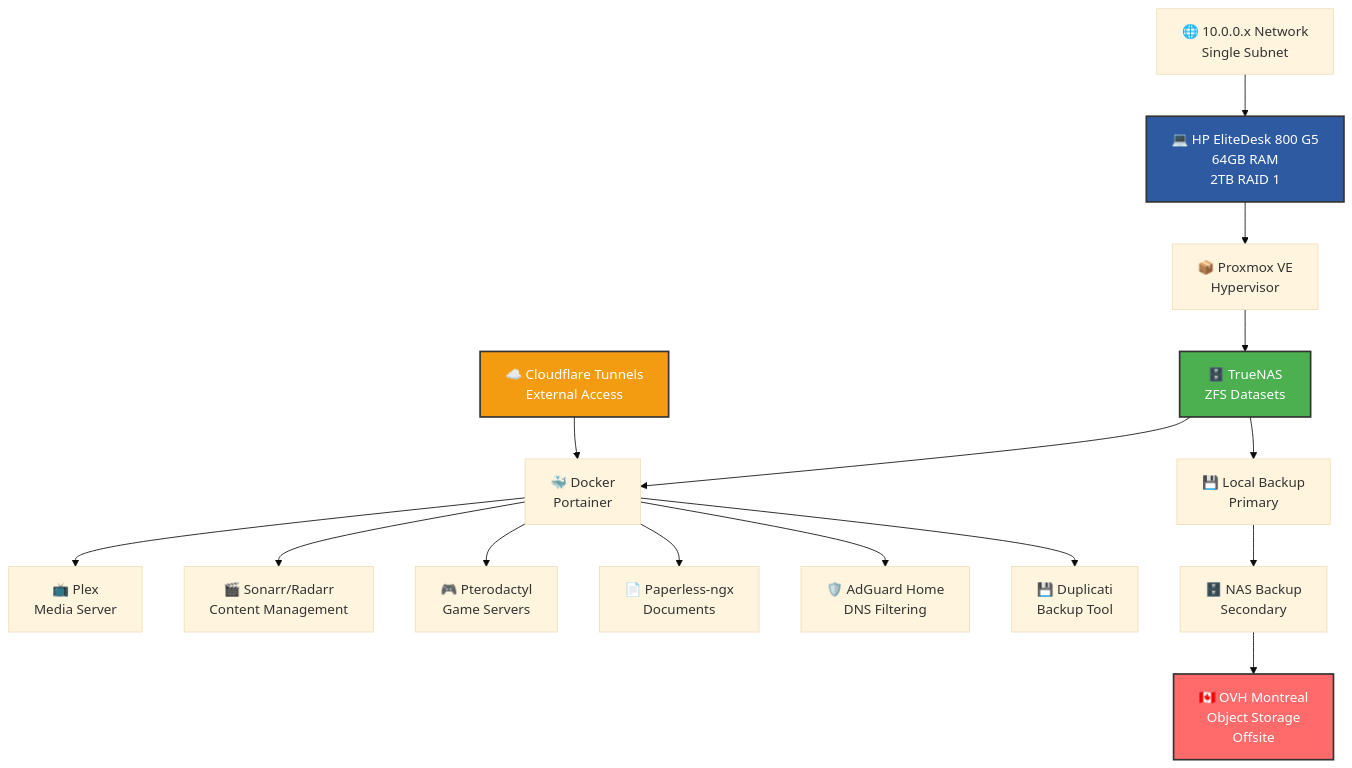
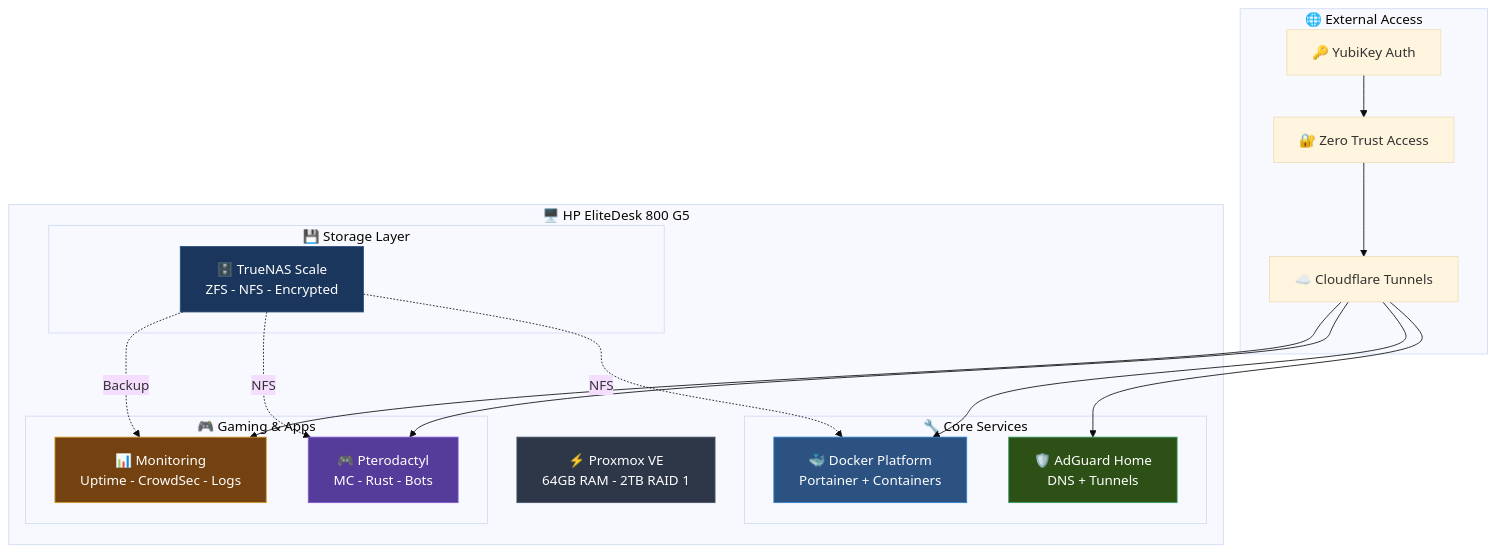
Before and after one commit to TehZombiJesus/home-lab-setup: the diagram in README.md, drawn with Mermaid (base theme). The commit also changed other lines of this file, not shown here.

````diff
--- a/README.md
+++ b/README.md
@@ -69,25 +11,44 @@
 ```mermaid
-graph TD
-    A["💻 HP EliteDesk 800 G5<br/>64GB RAM<br/>2TB RAID 1"] --> B["📦 Proxmox VE<br/>Hypervisor"]
-    B --> C["🗄️ TrueNAS<br/>ZFS Datasets"]
-    C --> D["🐳 Docker<br/>Portainer"]
+flowchart TD
+    subgraph "🌐 External Access"
+        CF[☁️ Cloudflare Tunnels]
+        ZT[🔐 Zero Trust Access]
+        YK[🔑 YubiKey Auth]
+    end
     
-    D --> E["📺 Plex<br/>Media Server"]
-    D --> F["🎬 Sonarr/Radarr<br/>Content Management"]
-    D --> G["🎮 Pterodactyl<br/>Game Servers"]
-    D --> H["📄 Paperless-ngx<br/>Documents"]
-    D --> I["🛡️ AdGuard Home<br/>DNS Filtering"]
-    D --> J["💾 Duplicati<br/>Backup Tool"]
+    subgraph "🖥️ HP EliteDesk 800 G5"
+        PVE[⚡ Proxmox VE<br/>64GB RAM - 2TB RAID 1]
+        
+        subgraph "💾 Storage Layer"
+            TN[🗄️ TrueNAS Scale<br/>ZFS - NFS - Encrypted]
+        end
+        
+        subgraph "🔧 Core Services"
+            AG[🛡️ AdGuard Home<br/>DNS + Tunnels]
+            DC[🐳 Docker Platform<br/>Portainer + Containers]
+        end
+        
+        subgraph "🎮 Gaming & Apps"
+            PT[🎮 Pterodactyl<br/>MC - Rust - Bots]
+            MN[📊 Monitoring<br/>Uptime - CrowdSec - Logs]
+        end
+    end
     
-    K["🌐 10.0.0.x Network<br/>Single Subnet"] --> A
-    L["☁️ Cloudflare Tunnels<br/>External Access"] --> D
+    CF --> AG
+    CF --> DC
+    CF --> PT
+    CF --> MN
+    ZT --> CF
+    YK --> ZT
     
-    C --> M["💾 Local Backup<br/>Primary"]
-    M --> N["🗄️ NAS Backup<br/>Secondary"]
-    N --> O["🇨🇦 OVH Montreal<br/>Object Storage<br/>Offsite"]
+    TN -.->|NFS| DC
+    TN -.->|NFS| PT
+    TN -.->|Backup| MN
     
-    style A fill:#2d5aa0,stroke:#333,stroke-width:2px,color:#fff
-    style C fill:#4caf50,stroke:#333,stroke-width:2px,color:#fff
-    style O fill:#ff6b6b,stroke:#333,stroke-width:2px,color:#fff
-    style L fill:#f39c12,stroke:#333,stroke-width:2px,color:#fff
+    style PVE fill:#2d3748,stroke:#4a5568,color:#fff
+    style TN fill:#1a365d,stroke:#2c5282,color:#fff
+    style AG fill:#2d5016,stroke:#38a169,color:#fff
+    style DC fill:#2c5282,stroke:#3182ce,color:#fff
+    style PT fill:#553c9a,stroke:#805ad5,color:#fff
+    style MN fill:#744210,stroke:#d69e2e,color:#fff
 ```
````
